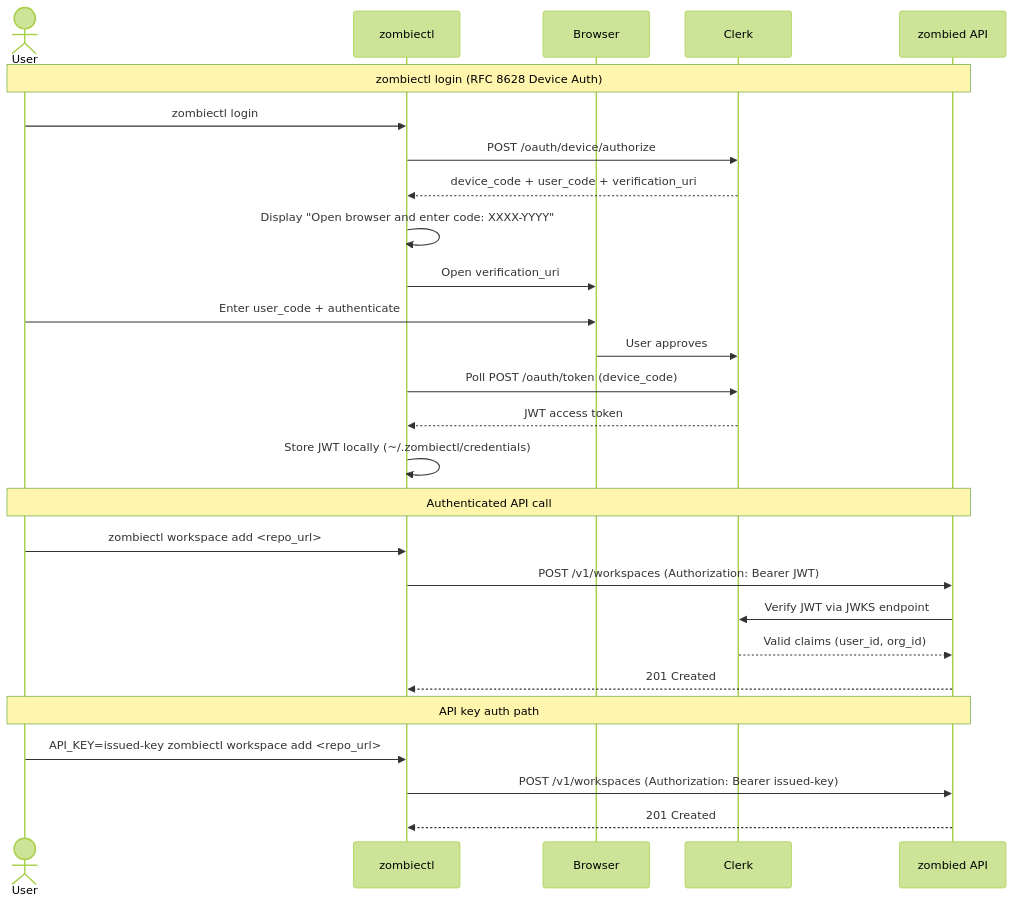
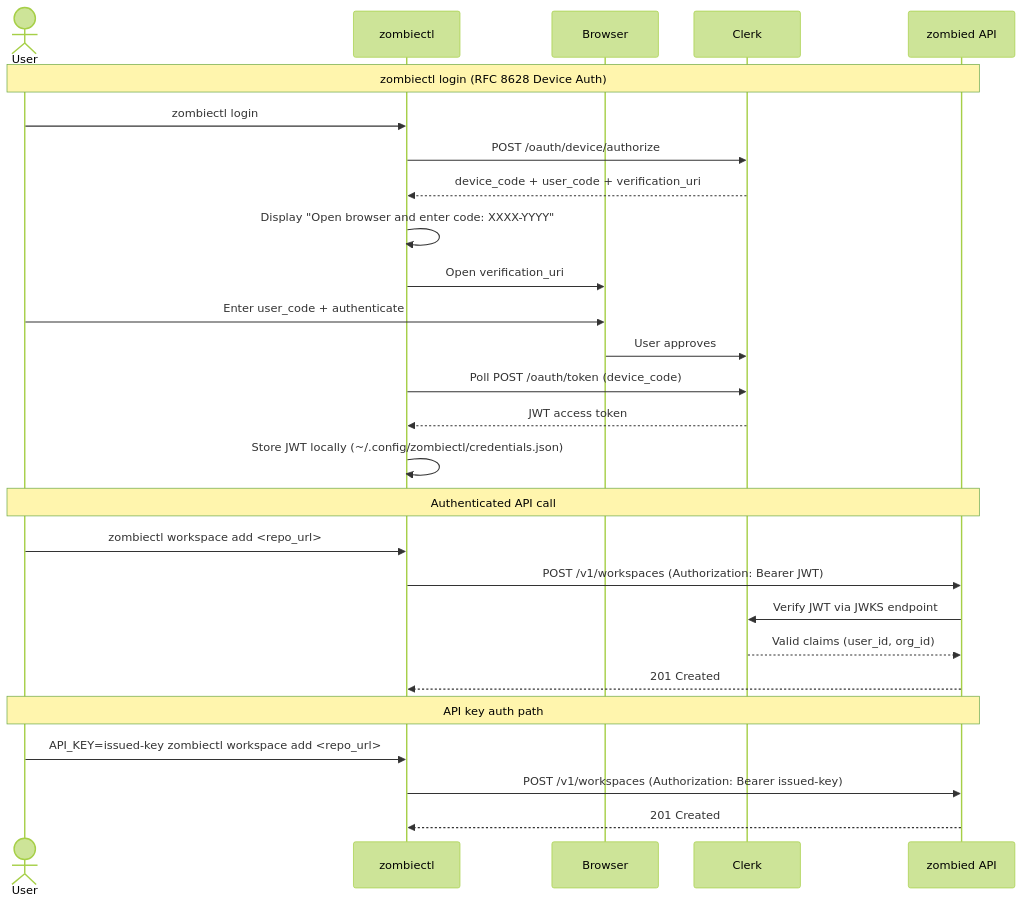
Before and after one commit to usezombie/usezombie: the second of 3 diagrams in docs/ARCHITECTURE.md, drawn with Mermaid (forest theme). The commit also changed 34 other files, not shown here.

Commit message:
feat(zombiectl): bundle posthog key and move cli state

````diff
--- a/docs/ARCHITECTURE.md
+++ b/docs/ARCHITECTURE.md
@@ -249,32 +249,32 @@
 ```mermaid
 sequenceDiagram
     actor User
     participant CLI as zombiectl
     participant Browser
     participant CK as Clerk
     participant API as zombied API
 
     Note over User,API: zombiectl login (RFC 8628 Device Auth)
     User->>CLI: zombiectl login
     CLI->>CK: POST /oauth/device/authorize
     CK-->>CLI: device_code + user_code + verification_uri
     CLI->>CLI: Display "Open browser and enter code: XXXX-YYYY"
     CLI->>Browser: Open verification_uri
     User->>Browser: Enter user_code + authenticate
     Browser->>CK: User approves
     CLI->>CK: Poll POST /oauth/token (device_code)
     CK-->>CLI: JWT access token
-    CLI->>CLI: Store JWT locally (~/.zombiectl/credentials)
+    CLI->>CLI: Store JWT locally (~/.config/zombiectl/credentials.json)
 
     Note over User,API: Authenticated API call
     User->>CLI: zombiectl workspace add <repo_url>
     CLI->>API: POST /v1/workspaces (Authorization: Bearer JWT)
     API->>CK: Verify JWT via JWKS endpoint
     CK-->>API: Valid claims (user_id, org_id)
     API-->>CLI: 201 Created
 
     Note over User,API: API key auth path
     User->>CLI: API_KEY=issued-key zombiectl workspace add <repo_url>
     CLI->>API: POST /v1/workspaces (Authorization: Bearer issued-key)
     API-->>CLI: 201 Created
 ```
````
